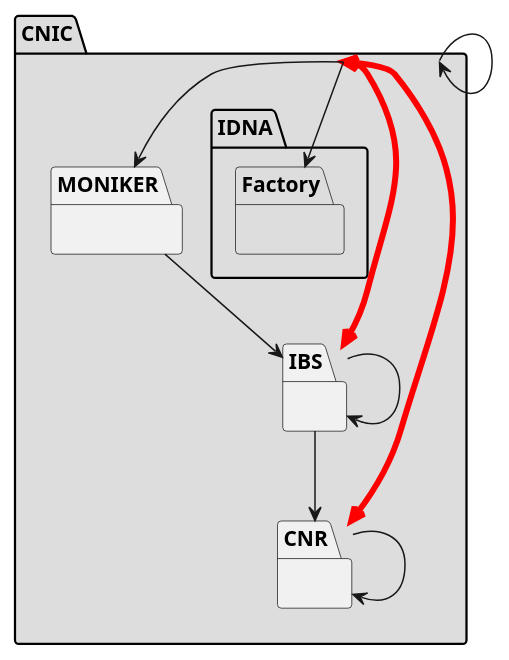
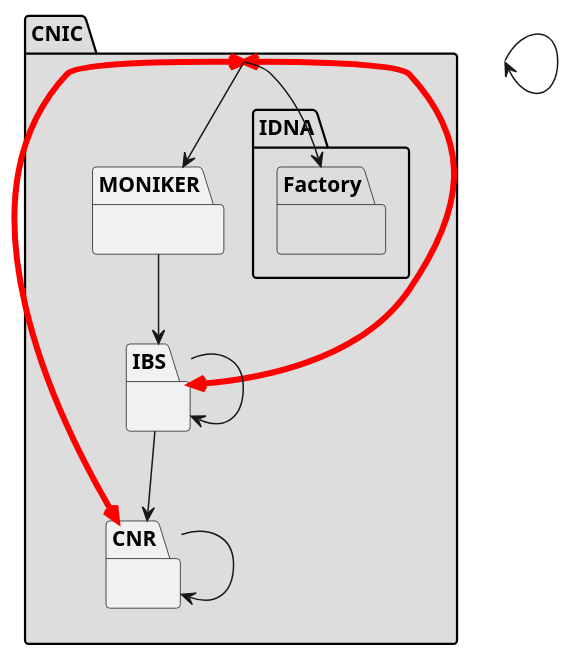
One commit to centralnicgroup-opensource/rtldev-middleware-php-sdk changed the second of 3 diagrams in docs/uml.puml. Above: the diagram before and after it, drawn with PlantUML. The commit also changed other lines of this file and 14 other files, not shown here.

```diff
--- a/docs/uml.puml
+++ b/docs/uml.puml
@@ -427,25 +429,25 @@
 @startuml package-related-diagram
   package CNIC as CNIC {
+    package CNR {
+    }
     package MONIKER {
     }
     package IBS {
-    }
-    package CNR {
     }
   }
   package CNIC #DDDDDD {
     package IDNA #DDDDDD {
       package Factory #DDDDDD {
       }
     }
   }
   CNIC <-[#red,plain,thickness=4]-> CNR
   CNIC <-[#red,plain,thickness=4]-> IBS
   CNIC --> MONIKER
   CNIC --> CNIC
   CNIC --> Factory
+  CNR --> CNR
   MONIKER --> IBS
+  IBS --> IBS
   IBS --> CNR
-  IBS --> IBS
-  CNR --> CNR
 @enduml
```
